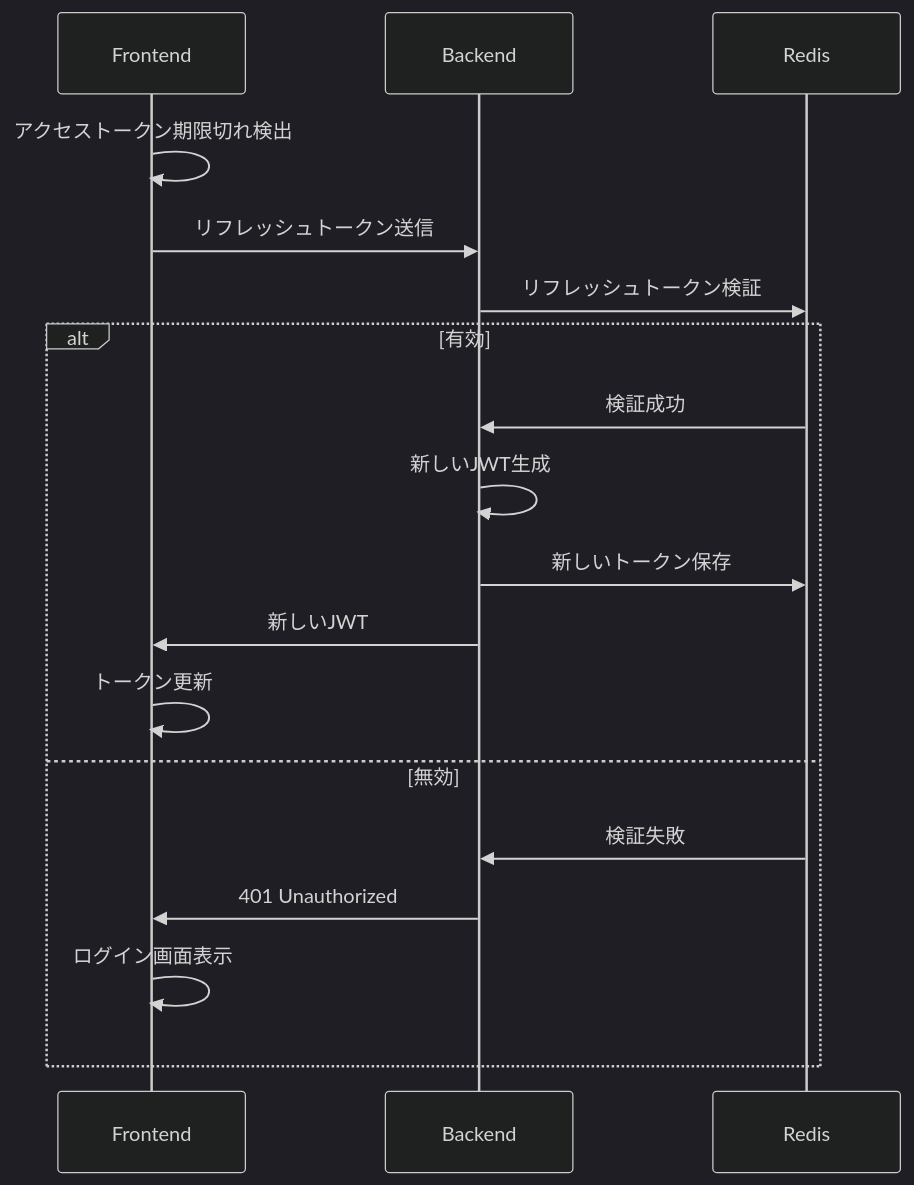
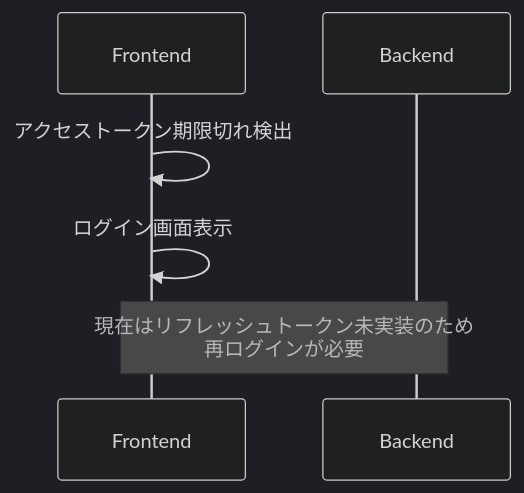
One commit to myantyuWorld/stackies-with-cc changed the fourth of 27 diagrams in docs/auth-system-design.md. Above: the diagram before and after it, drawn with Mermaid (dark theme). The commit also changed other lines of this file and 13 other files, not shown here.

````diff
--- a/docs/auth-system-design.md
+++ b/docs/auth-system-design.md
@@ -103,21 +92,9 @@
 ```mermaid
 sequenceDiagram
     participant F as Frontend
     participant B as Backend
-    participant R as Redis
     
     F->>F: アクセストークン期限切れ検出
-    F->>B: リフレッシュトークン送信
-    B->>R: リフレッシュトークン検証
-    alt 有効
-        R->>B: 検証成功
-        B->>B: 新しいJWT生成
-        B->>R: 新しいトークン保存
-        B->>F: 新しいJWT
-        F->>F: トークン更新
-    else 無効
-        R->>B: 検証失敗
-        B->>F: 401 Unauthorized
-        F->>F: ログイン画面表示
-    end
+    F->>F: ログイン画面表示
+    Note over F,B: 現在はリフレッシュトークン未実装のため<br/>再ログインが必要
 ```
````
